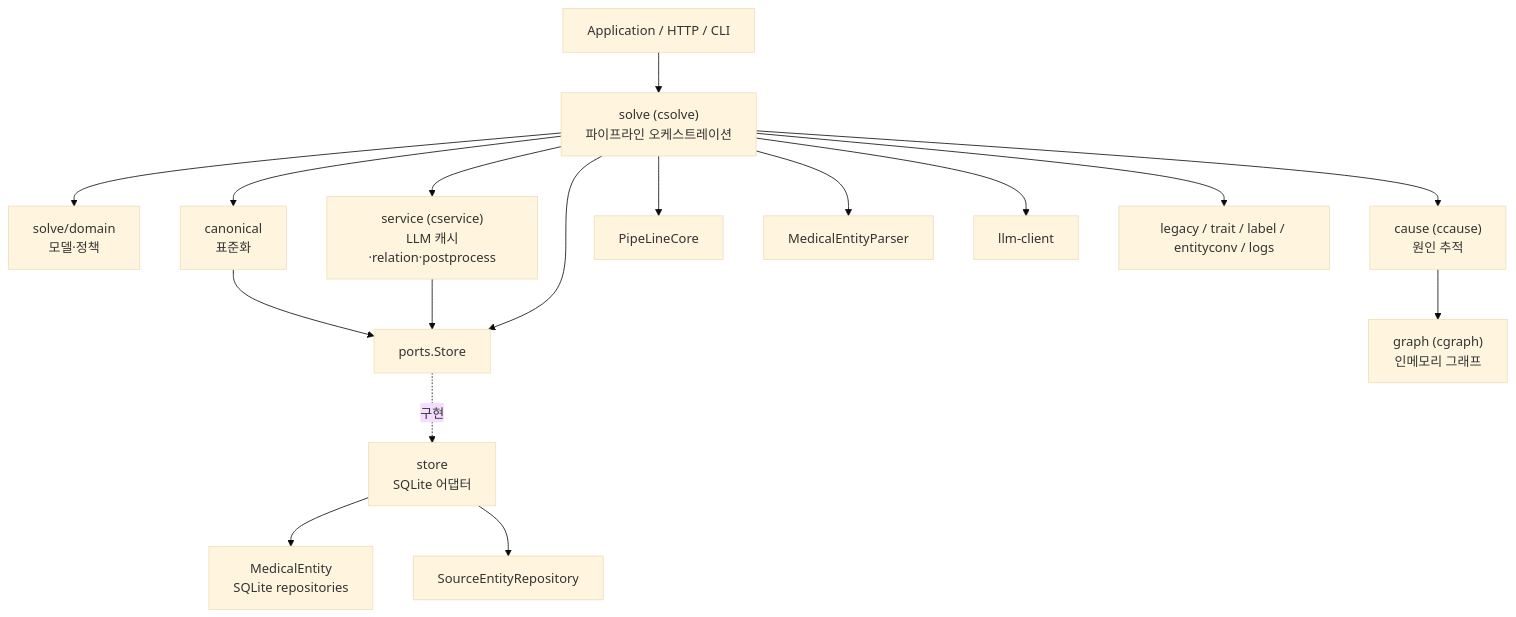
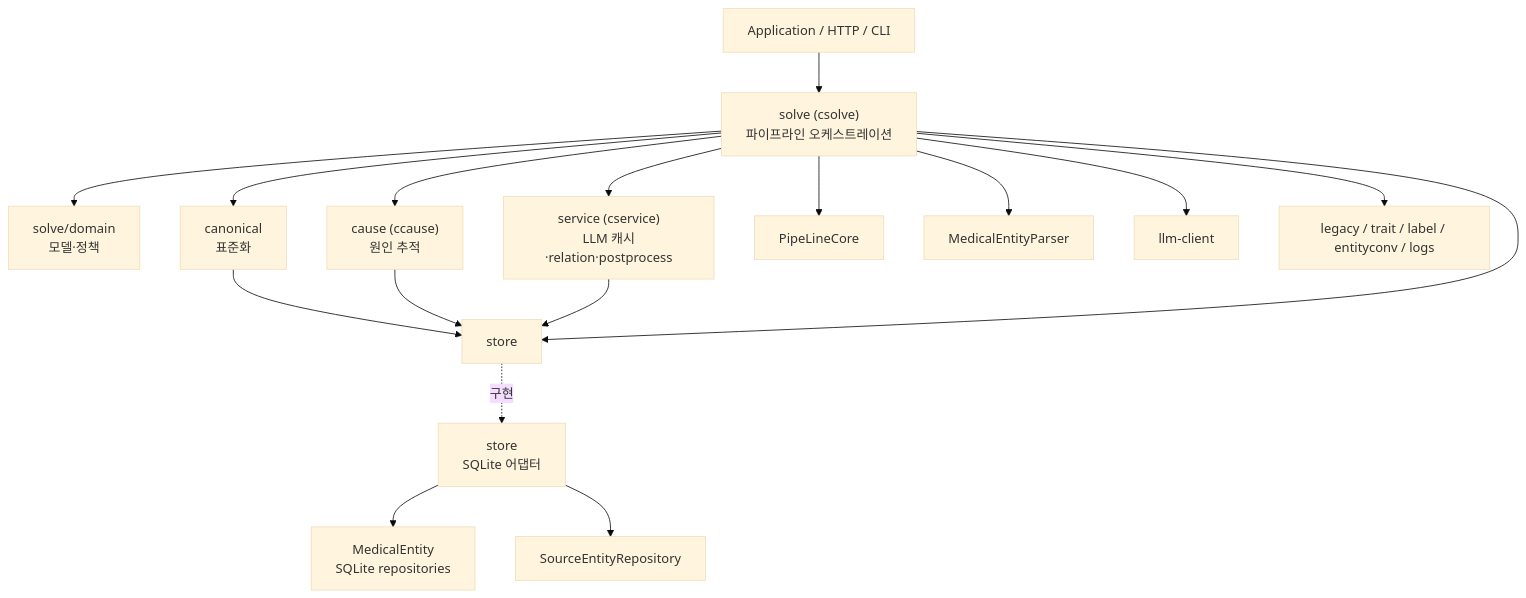
The first of 2 diagrams in docs/architecture.md (G226Medi03/MorbesPipeline), drawn with Mermaid (base theme) before and after one commit. The commit also changed other lines of this file and 5 other files, not shown here.

````diff
--- a/docs/architecture.md
+++ b/docs/architecture.md
@@ -15,23 +15,23 @@
 ```mermaid
 flowchart TD
     APP["Application / HTTP / CLI"] --> SOLVE["solve (csolve)<br/>파이프라인 오케스트레이션"]
     SOLVE --> DOMAIN["solve/domain<br/>모델·정책"]
     SOLVE --> SERVICE["service (cservice)<br/>LLM 캐시·relation·postprocess"]
     SOLVE --> CANON["canonical<br/>표준화"]
     SOLVE --> CAUSE["cause (ccause)<br/>원인 추적"]
 
-    CANON --> PORTS["ports.Store"]
-    CAUSE --> GRAPH["graph (cgraph)<br/>인메모리 그래프"]
+    CANON --> PORTS["store"]
+    CAUSE --> PORTS
     SERVICE --> PORTS
     SOLVE --> PORTS
 
     PORTS -.구현.-> STORE["store<br/>SQLite 어댑터"]
     STORE --> MEDICAL["MedicalEntity<br/>SQLite repositories"]
     STORE --> SOURCE["SourceEntityRepository"]
 
     SOLVE --> PIPE["PipeLineCore"]
     SOLVE --> PARSER["MedicalEntityParser"]
     SOLVE --> LLM["llm-client"]
 
     SOLVE --> SHARED["legacy / trait / label / entityconv / logs"]
 ```
````
